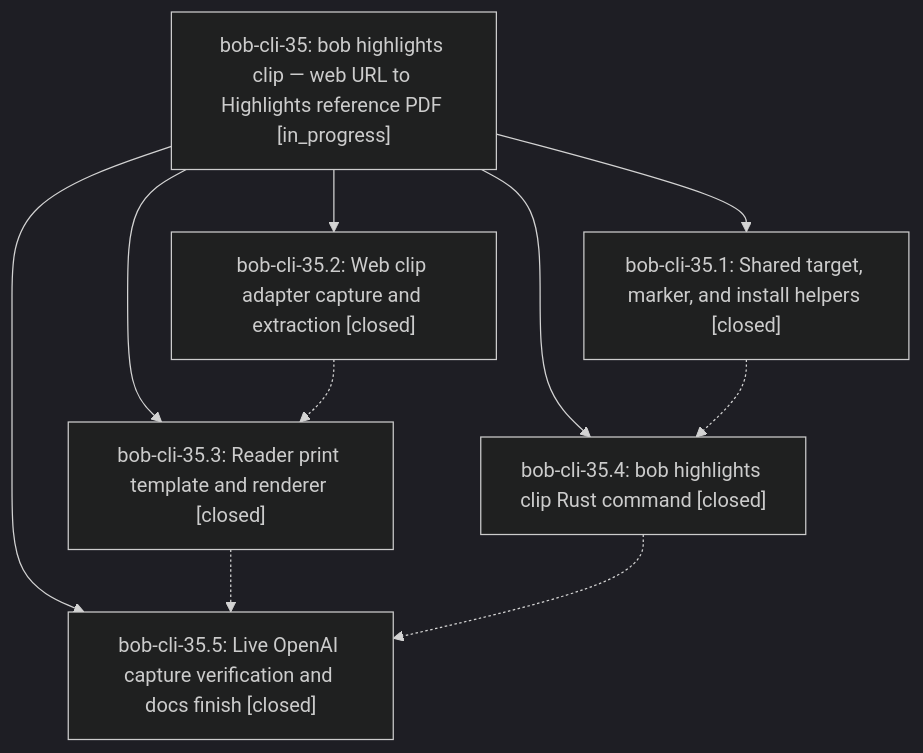
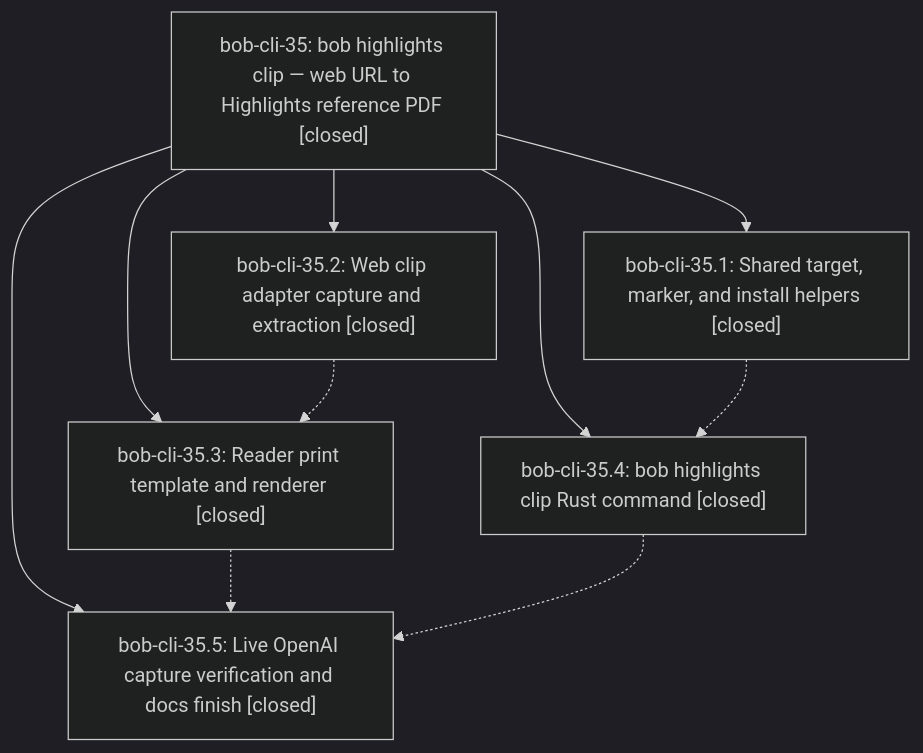
Before and after one commit to bobs-org/bob-cli--beads: the diagram in pages/bob-cli-35/README.md, drawn with Mermaid (dark theme). The commit also changed other lines of this file, not shown here.

First line of the commit message:
chore(beads): sync bead state and pages for bob-cli-35

````diff
--- a/pages/bob-cli-35/README.md
+++ b/pages/bob-cli-35/README.md
@@ -26,18 +30,18 @@
 ```mermaid
 flowchart TD
-    n0["bob-cli-35: bob highlights clip — web URL to Highlights reference PDF [in_progress]"]
+    n0["bob-cli-35: bob highlights clip — web URL to Highlights reference PDF [closed]"]
     n1["bob-cli-35.1: Shared target, marker, and install helpers [closed]"]
     n2["bob-cli-35.2: Web clip adapter capture and extraction [closed]"]
     n3["bob-cli-35.3: Reader print template and renderer [closed]"]
     n4["bob-cli-35.4: bob highlights clip Rust command [closed]"]
     n5["bob-cli-35.5: Live OpenAI capture verification and docs finish [closed]"]
     n0 --> n1
     n0 --> n2
     n0 --> n3
     n0 --> n4
     n0 --> n5
     n1 -.-> n4
     n2 -.-> n3
     n3 -.-> n5
     n4 -.-> n5
 ```
````
